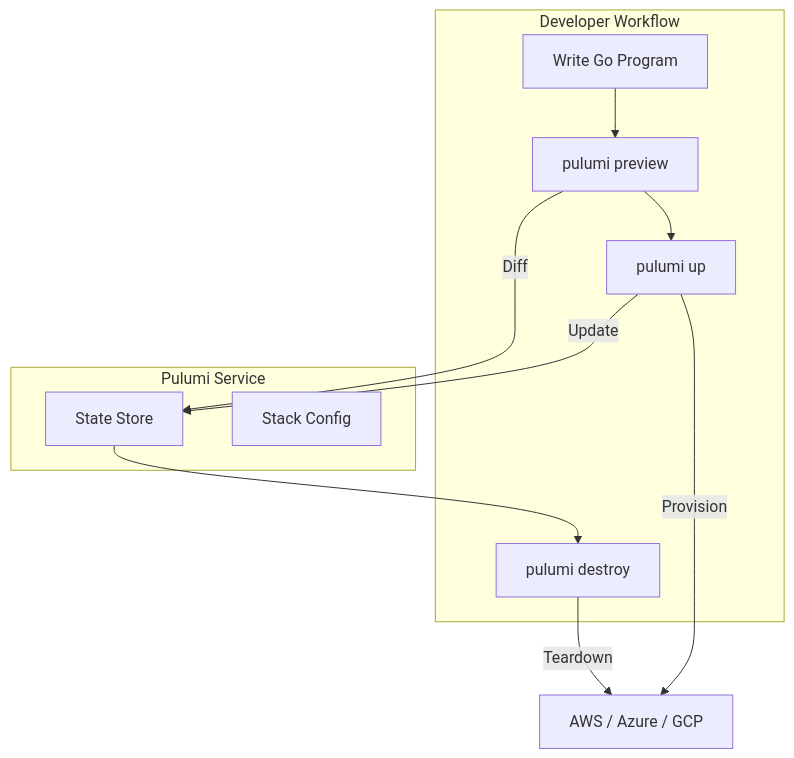
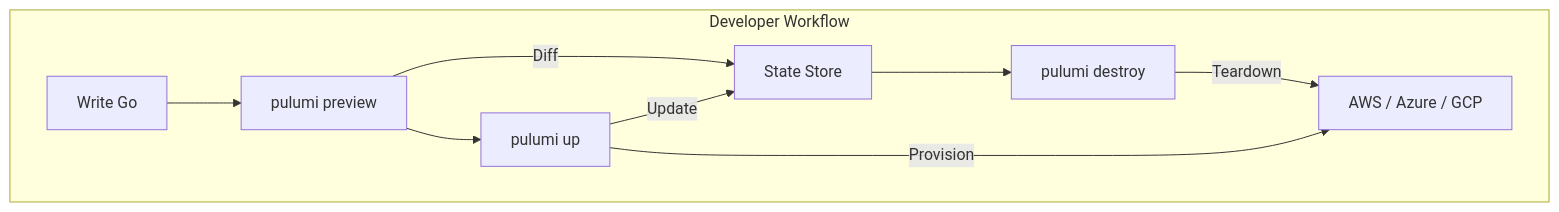
The second of 4 diagrams in Software Engineering/02 - Go Engineering/02 - Go for Cloud Native/05 - Infrastructure as Code with Pulumi.md (Leito2/Learning), drawn with Mermaid before and after one commit. The commit also changed other lines of this file and 41 other files, not shown here.

````diff
--- a/Software Engineering/02 - Go Engineering/02 - Go for Cloud Native/05 - Infrastructure as Code with Pulumi.md
+++ b/Software Engineering/02 - Go Engineering/02 - Go for Cloud Native/05 - Infrastructure as Code with Pulumi.md
@@ -64,20 +170,12 @@
 ```mermaid
 graph TB
-    subgraph "Developer Workflow"
-        Code[Write Go Program]
-        Preview[pulumi preview]
-        Up[pulumi up]
-        Destroy[pulumi destroy]
-    end
-    subgraph "Pulumi Service"
-        State[State Store]
-        Config[Stack Config]
-    end
-    Code --> Preview
-    Preview -->|Diff| State
-    Preview --> Up
-    Up -->|Update| State
-    Up -->|Provision| Cloud[AWS / Azure / GCP]
-    State --> Destroy
-    Destroy -->|Teardown| Cloud
+	subgraph "Developer Workflow"
+		Code[Write Go] --> Preview[pulumi preview]
+		Preview -->|Diff| State2[State Store]
+		Preview --> Up[pulumi up]
+		Up -->|Update| State2
+		Up -->|Provision| Cloud2[AWS / Azure / GCP]
+		State2 --> Destroy[pulumi destroy]
+		Destroy -->|Teardown| Cloud2
+	end
 ```
````
